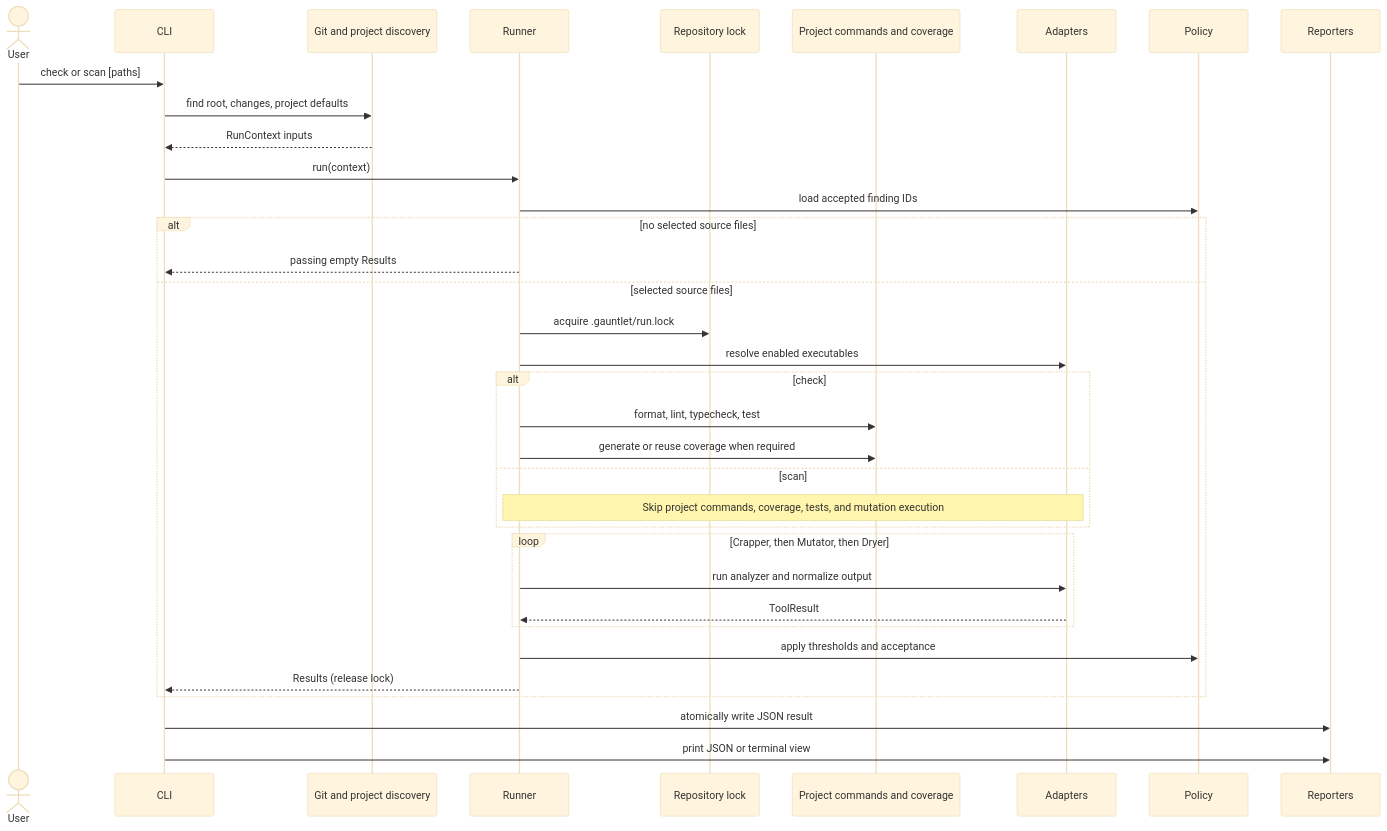
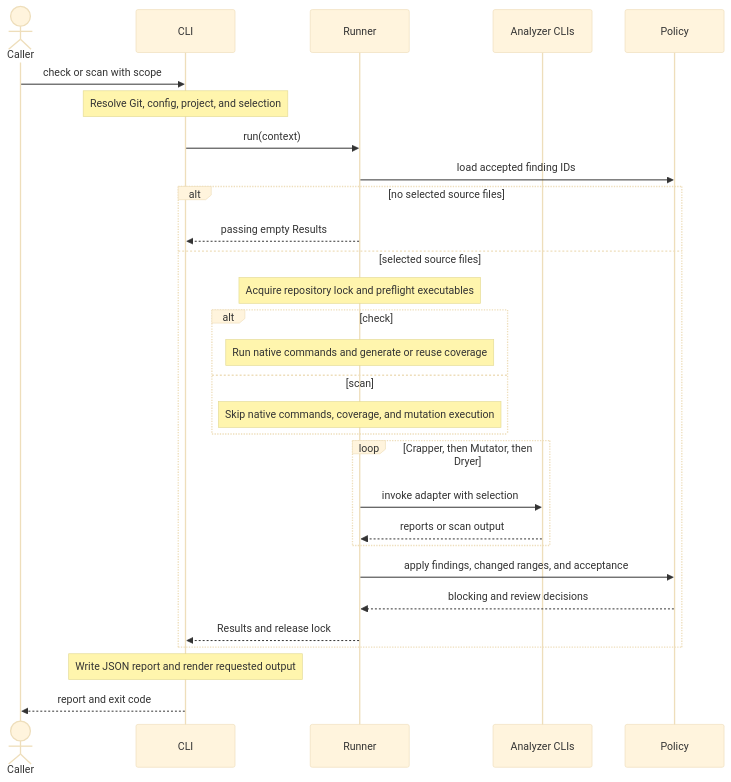
The second of 3 diagrams in docs/architecture.md (matheuseabra/gauntlet-cli), drawn with Mermaid (base theme) before and after one commit. The commit also changed other lines of this file and 4 other files, not shown here.

Commit message:
docs: align setup, selection, and tutorial with current CLI

````diff
--- a/docs/architecture.md
+++ b/docs/architecture.md
@@ -47,38 +47,32 @@
 ```mermaid
 sequenceDiagram
-    actor User
+    actor Caller
     participant CLI
-    participant Git as Git and project discovery
     participant Runner
-    participant Lock as Repository lock
-    participant Commands as Project commands and coverage
-    participant Adapters
+    participant Tools as Analyzer CLIs
     participant Policy
-    participant Output as Reporters
 
-    User->>CLI: check or scan [paths]
-    CLI->>Git: find root, changes, project defaults
-    Git-->>CLI: RunContext inputs
+    Caller->>CLI: check or scan with scope
+    Note over CLI: Resolve Git, config, project, and selection
     CLI->>Runner: run(context)
     Runner->>Policy: load accepted finding IDs
     alt no selected source files
         Runner-->>CLI: passing empty Results
     else selected source files
-        Runner->>Lock: acquire .gauntlet/run.lock
-        Runner->>Adapters: resolve enabled executables
+        Note over Runner: Acquire repository lock and preflight executables
         alt check
-            Runner->>Commands: format, lint, typecheck, test
-            Runner->>Commands: generate or reuse coverage when required
+            Note over Runner: Run native commands and generate or reuse coverage
         else scan
-            Note over Runner,Adapters: Skip project commands, coverage, tests, and mutation execution
+            Note over Runner: Skip native commands, coverage, and mutation execution
         end
         loop Crapper, then Mutator, then Dryer
-            Runner->>Adapters: run analyzer and normalize output
-            Adapters-->>Runner: ToolResult
+            Runner->>Tools: invoke adapter with selection
+            Tools-->>Runner: reports or scan output
         end
-        Runner->>Policy: apply thresholds and acceptance
-        Runner-->>CLI: Results (release lock)
+        Runner->>Policy: apply findings, changed ranges, and acceptance
+        Policy-->>Runner: blocking and review decisions
+        Runner-->>CLI: Results and release lock
     end
-    CLI->>Output: atomically write JSON result
-    CLI->>Output: print JSON or terminal view
+    Note over CLI: Write JSON report and render requested output
+    CLI-->>Caller: report and exit code
 ```
````
